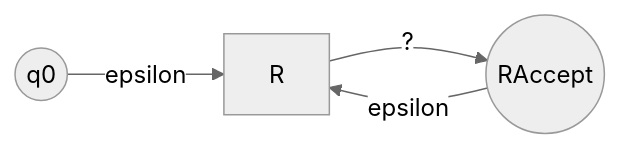
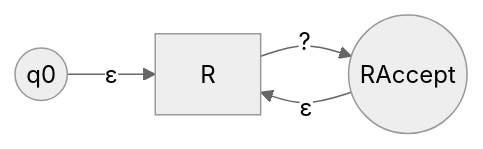
Before and after one commit to dustinnewman/CS181: the sixth of 6 diagrams in notes/w3d.md, drawn with Mermaid (neutral theme). The commit also changed other lines of this file and 1 other file, not shown here.

````diff
--- a/notes/w3d.md
+++ b/notes/w3d.md
@@ -137,6 +137,6 @@
 ```mermaid
 graph LR
-    q0((q0))--epsilon-->R
+    q0((q0))--ε-->R
     R--?-->RAccept((RAccept))
-    RAccept--epsilon-->R
+    RAccept--ε-->R
 ```
````
